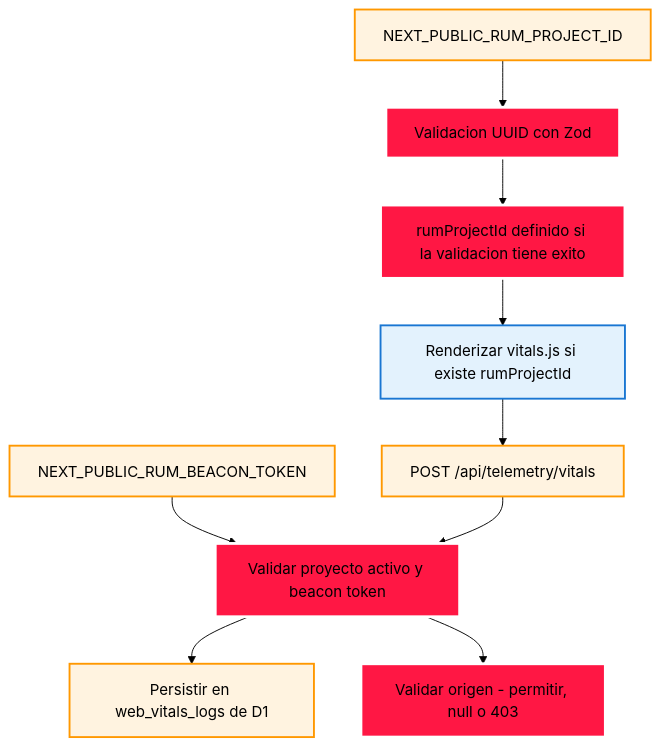
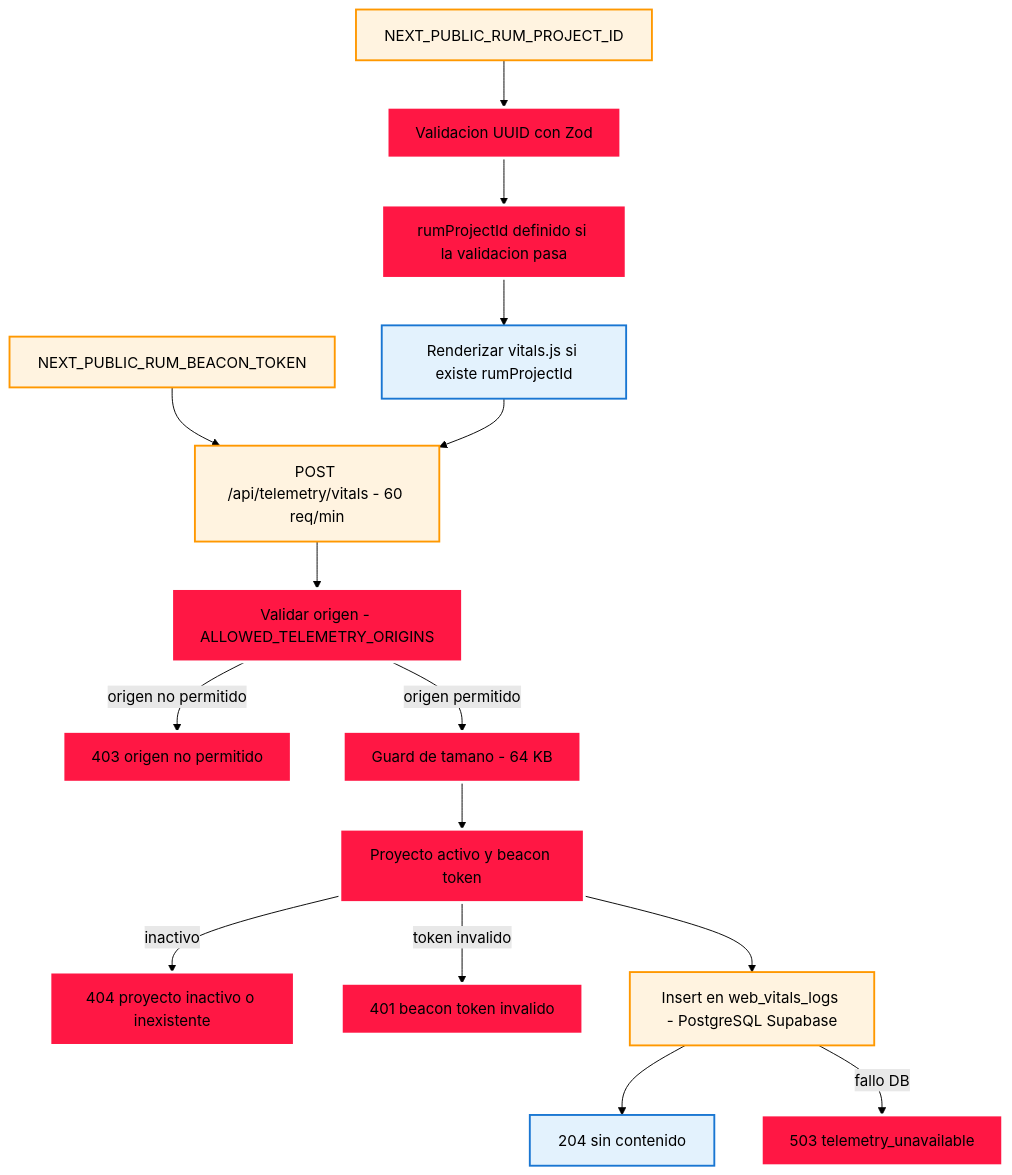
Before and after one commit to StrategicConnex/StrategicConnexAudit: the second of 5 diagrams in docs/architecture/MERMAID-DIAGRAMS.md, drawn with Mermaid (forest theme). The commit also changed other lines of this file and 1 other file, not shown here.

First line of the commit message:
docs(architecture): align diagrams with actual codebase (v1.1)

````diff
--- a/docs/architecture/MERMAID-DIAGRAMS.md
+++ b/docs/architecture/MERMAID-DIAGRAMS.md
@@ -137,25 +159,37 @@
 ```mermaid
 flowchart TD
     classDef primary fill:#e3f2fd,stroke:#1976d2,stroke-width:2px;
     classDef secondary fill:#fff3e0,stroke:#ff9800,stroke-width:2px;
     classDef critical fill:#ff1744,stroke:#ffffff,stroke-width:3px;
 
-    ENV[ NEXT_PUBLIC_RUM_PROJECT_ID ]:::secondary
-    ENV_TOKEN[ NEXT_PUBLIC_RUM_BEACON_TOKEN ]:::secondary
-    VALIDATION[Validacion UUID con Zod]:::critical
-    RUM_ID[rumProjectId definido si la validacion tiene exito]:::critical
-    RENDER[Renderizar vitals.js si existe rumProjectId]:::primary
-    SEND[POST /api/telemetry/vitals]:::secondary
-    VALIDATE_ENDPOINT[Validar proyecto activo y beacon token]:::critical
-    PERSIST[Persistir en web_vitals_logs de D1]:::secondary
-    CORS[Validar origen - permitir, null o 403]:::critical
+    ENV["NEXT_PUBLIC_RUM_PROJECT_ID"]:::secondary
+    ENV_TOKEN["NEXT_PUBLIC_RUM_BEACON_TOKEN"]:::secondary
+    VALIDATION["Validacion UUID con Zod"]:::critical
+    RUM_ID["rumProjectId definido si la validacion pasa"]:::critical
+    RENDER["Renderizar vitals.js si existe rumProjectId"]:::primary
+    SEND["POST /api/telemetry/vitals - 60 req/min"]:::secondary
+    CORS["Validar origen - ALLOWED_TELEMETRY_ORIGINS"]:::critical
+    REJECT403["403 origen no permitido"]:::critical
+    SIZE["Guard de tamano - 64 KB"]:::critical
+    VALIDATE["Proyecto activo y beacon token"]:::critical
+    REJECT404["404 proyecto inactivo o inexistente"]:::critical
+    REJECT401["401 beacon token invalido"]:::critical
+    PERSIST["Insert en web_vitals_logs - PostgreSQL Supabase"]:::secondary
+    OK["204 sin contenido"]:::primary
+    REJECT503["503 telemetry_unavailable"]:::critical
 
     ENV --> VALIDATION
-    ENV_TOKEN --> VALIDATE_ENDPOINT
+    ENV_TOKEN --> SEND
     VALIDATION --> RUM_ID
     RUM_ID --> RENDER
     RENDER --> SEND
-    SEND --> VALIDATE_ENDPOINT
-    VALIDATE_ENDPOINT --> PERSIST
-    VALIDATE_ENDPOINT --> CORS
+    SEND --> CORS
+    CORS -->|origen no permitido| REJECT403
+    CORS -->|origen permitido| SIZE
+    SIZE --> VALIDATE
+    VALIDATE -->|inactivo| REJECT404
+    VALIDATE -->|token invalido| REJECT401
+    VALIDATE --> PERSIST
+    PERSIST --> OK
+    PERSIST -->|fallo DB| REJECT503
 ```
````
